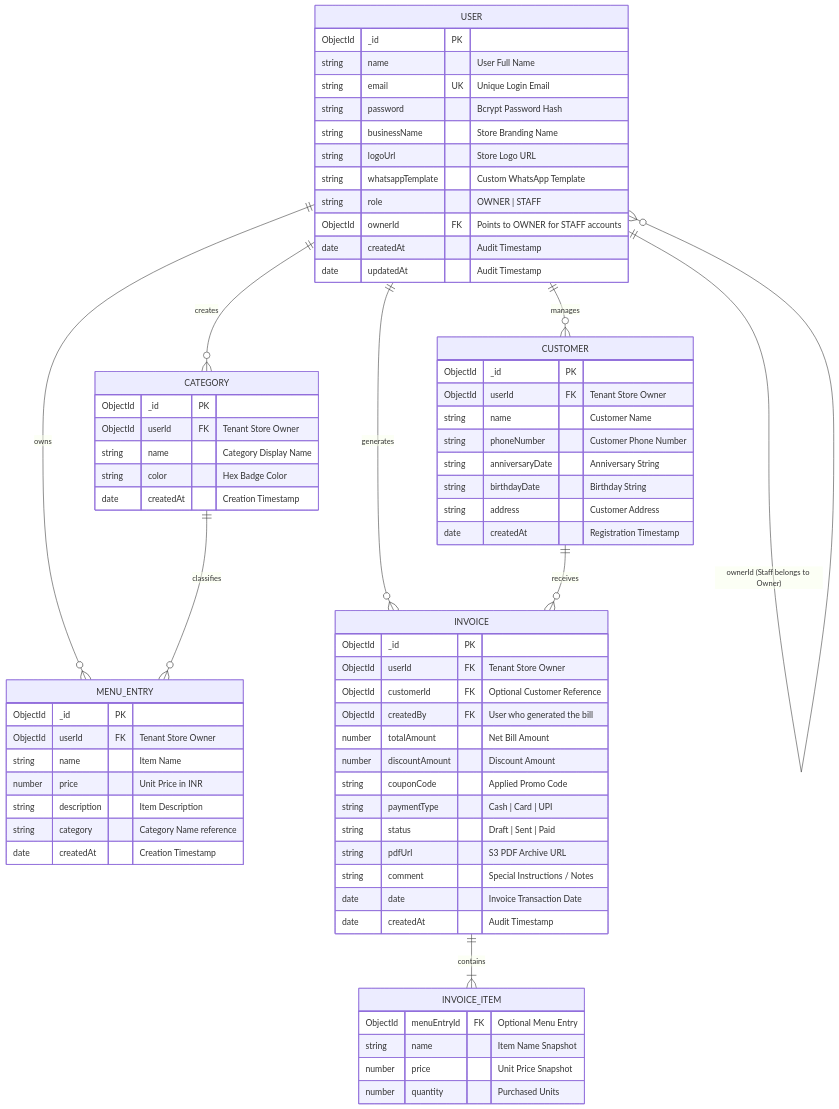
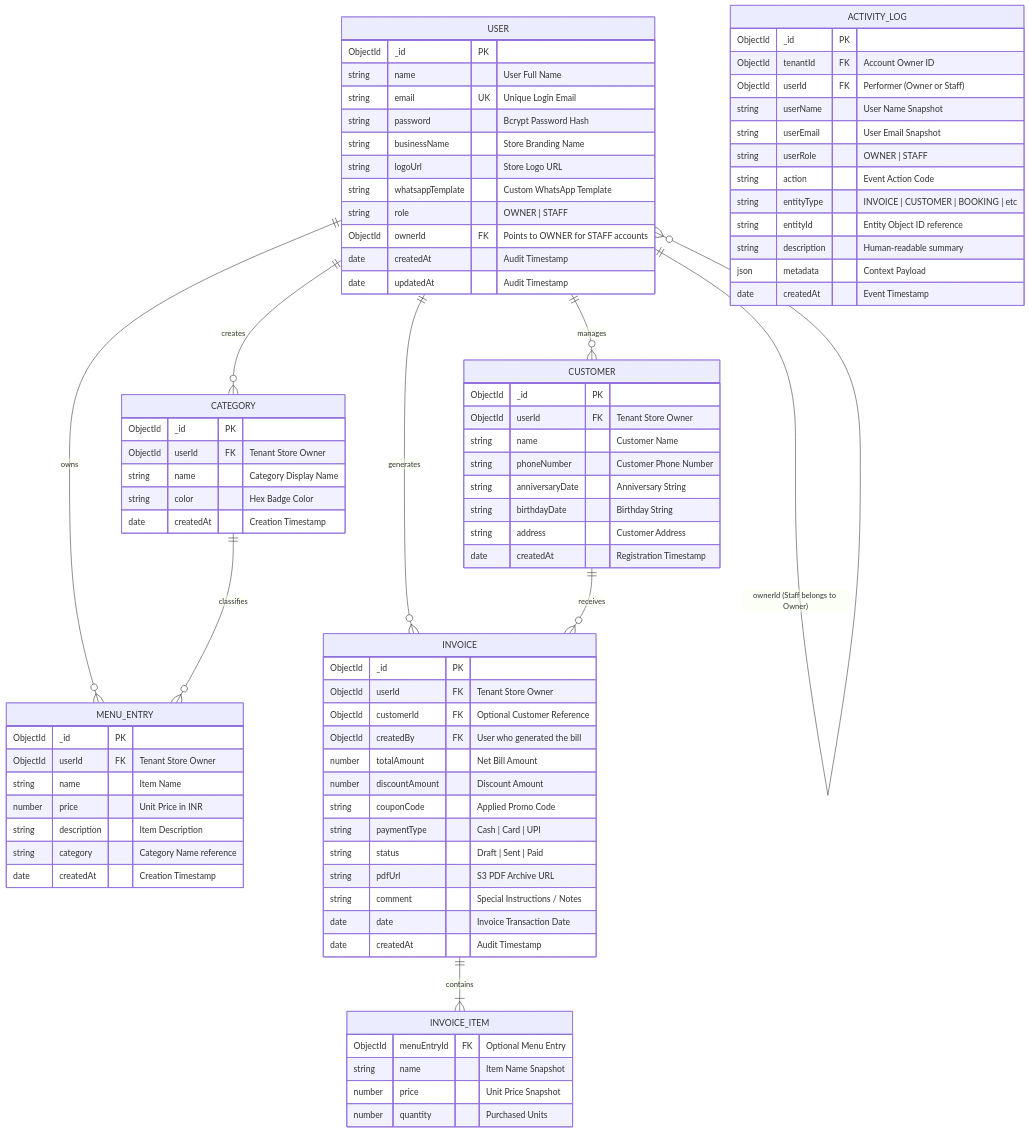
One commit to Rishabhrj03/whatsapp-invoice-app changed the diagram in docs/ENTITY_RELATIONSHIP_DIAGRAM.md. Above: the diagram before and after it, drawn with Mermaid. The commit also changed other lines of this file and 8 other files, not shown here.

````diff
--- a/docs/ENTITY_RELATIONSHIP_DIAGRAM.md
+++ b/docs/ENTITY_RELATIONSHIP_DIAGRAM.md
@@ -85,4 +85,19 @@
         number price "Unit Price Snapshot"
         number quantity "Purchased Units"
     }
+
+    ACTIVITY_LOG {
+        ObjectId _id PK
+        ObjectId tenantId FK "Account Owner ID"
+        ObjectId userId FK "Performer (Owner or Staff)"
+        string userName "User Name Snapshot"
+        string userEmail "User Email Snapshot"
+        string userRole "OWNER | STAFF"
+        string action "Event Action Code"
+        string entityType "INVOICE | CUSTOMER | BOOKING | etc"
+        string entityId "Entity Object ID reference"
+        string description "Human-readable summary"
+        json metadata "Context Payload"
+        date createdAt "Event Timestamp"
+    }
 ```
````
